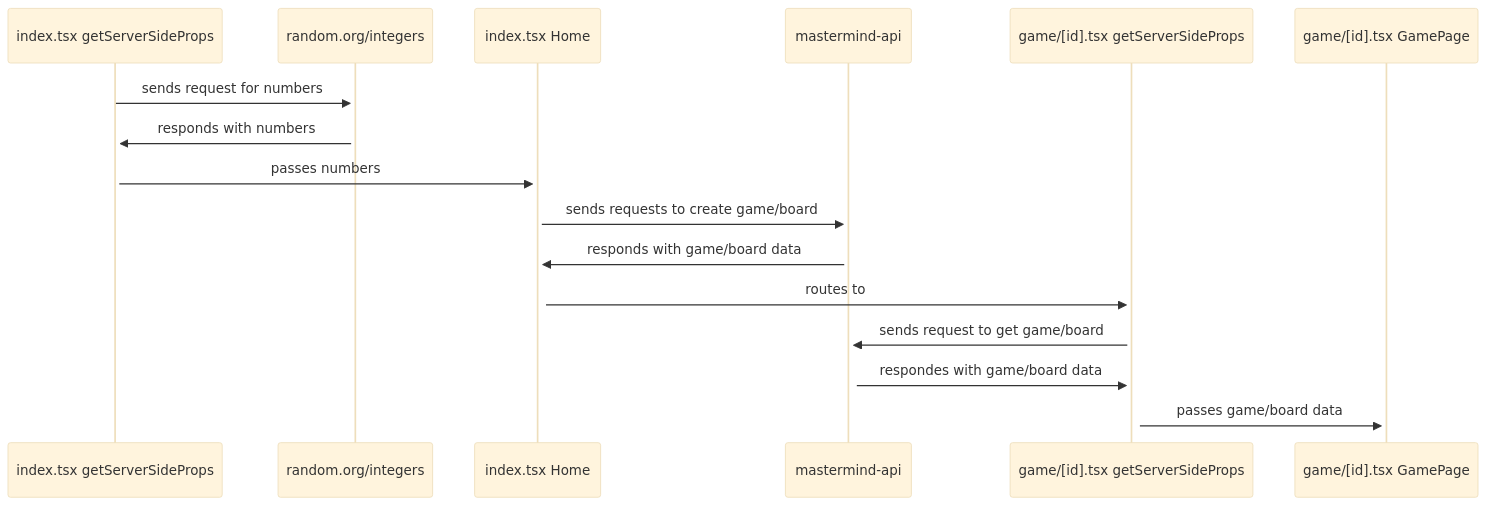
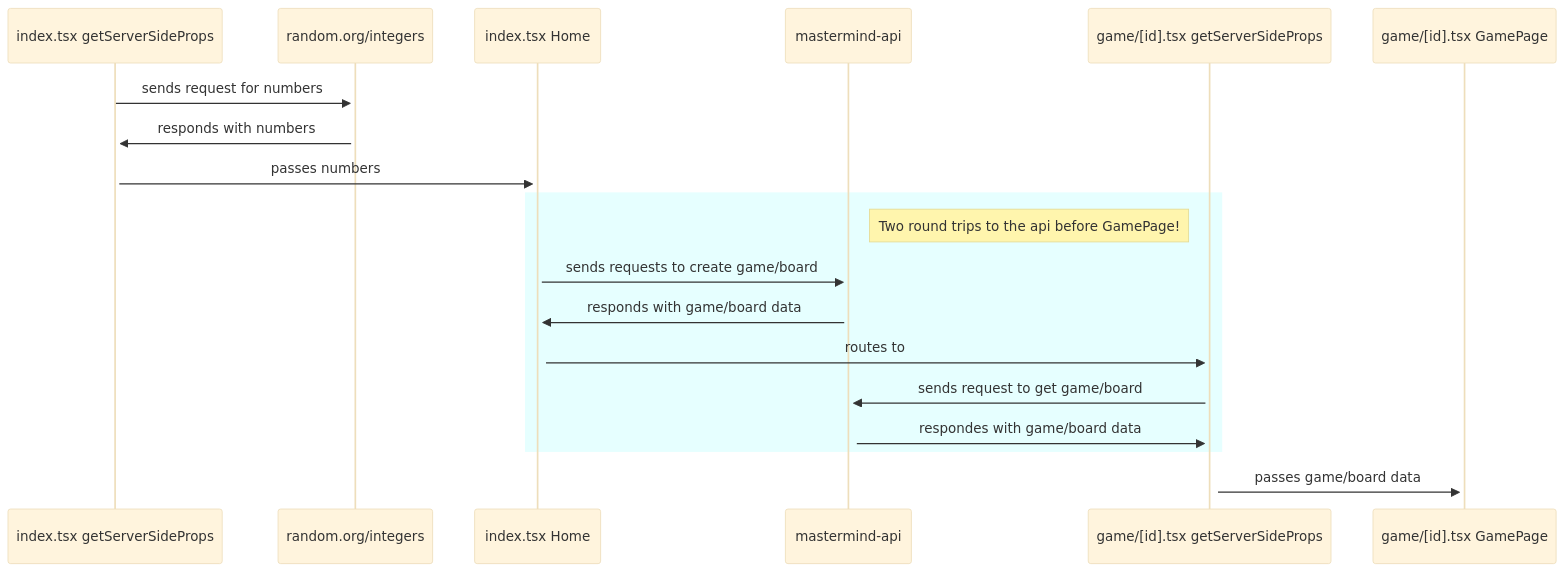
Before and after one commit to allangelman/mastermind: the second of 6 diagrams in README.md, drawn with Mermaid (base theme). The commit also changed other lines of this file, not shown here.

Commit message:
added diagram to data fetching section and made table of contents

````diff
--- a/README.md
+++ b/README.md
@@ -57,12 +80,15 @@
 ```mermaid
 sequenceDiagram
     index.tsx getServerSideProps ->>+ random.org/integers: sends request for numbers
     random.org/integers ->>+ index.tsx getServerSideProps: responds with numbers
     index.tsx getServerSideProps ->>+ index.tsx Home: passes numbers
+    rect rgb(230, 255, 255)
+    note right of mastermind-api: Two round trips to the api before GamePage!
     index.tsx Home ->>+ mastermind-api: sends requests to create game/board
     mastermind-api ->>+ index.tsx Home: responds with game/board data
     index.tsx Home ->>+ game/[id].tsx getServerSideProps: routes to
     game/[id].tsx getServerSideProps ->>+ mastermind-api: sends request to get game/board
     mastermind-api ->>+ game/[id].tsx getServerSideProps: respondes with game/board data
+    end
     game/[id].tsx getServerSideProps ->>+ game/[id].tsx GamePage: passes game/board data
 ```
````
